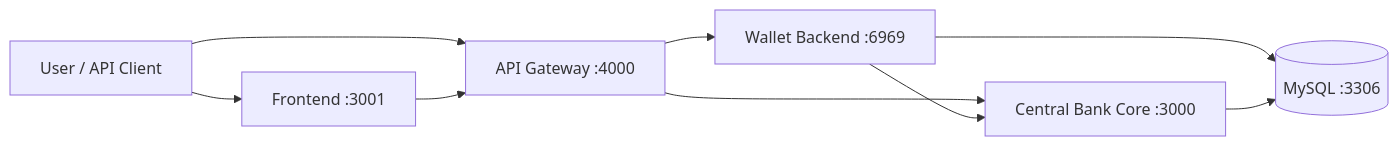
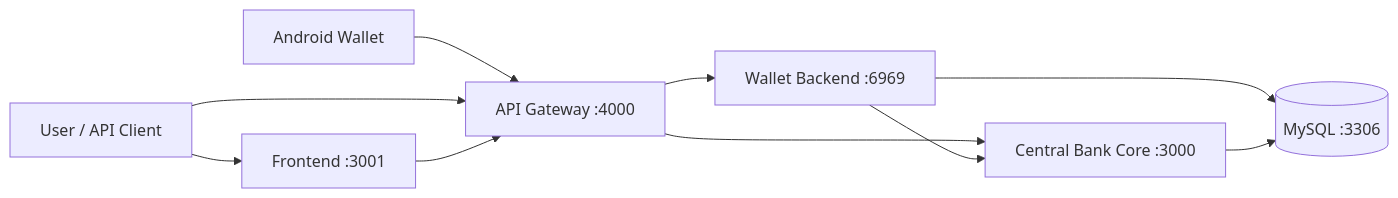
The diagram in README.md (RPL2-Becode/SmartBank), drawn with Mermaid before and after one commit. The commit also changed other lines of this file and 57 other files, not shown here.

Commit message:
feat: add android wallet client

````diff
--- a/README.md
+++ b/README.md
@@ -85,11 +88,12 @@
 ```mermaid
 flowchart LR
+    A["Android Wallet"] --> G
     U["User / API Client"] --> F["Frontend :3001"]
     U --> G["API Gateway :4000"]
     F --> G
     G --> W["Wallet Backend :6969"]
     G --> C["Central Bank Core :3000"]
     W --> C
     W --> D[("MySQL :3306")]
     C --> D
 ```
````
